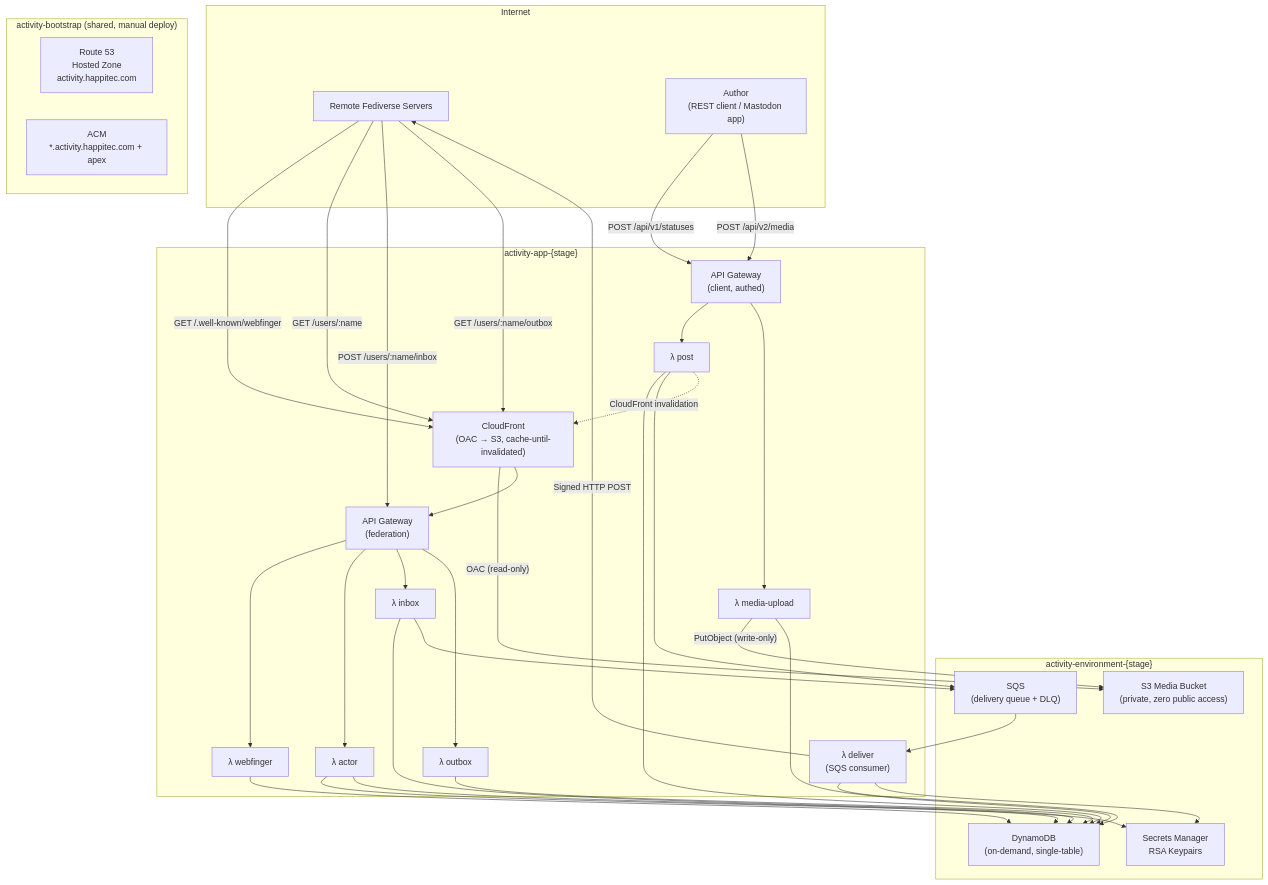
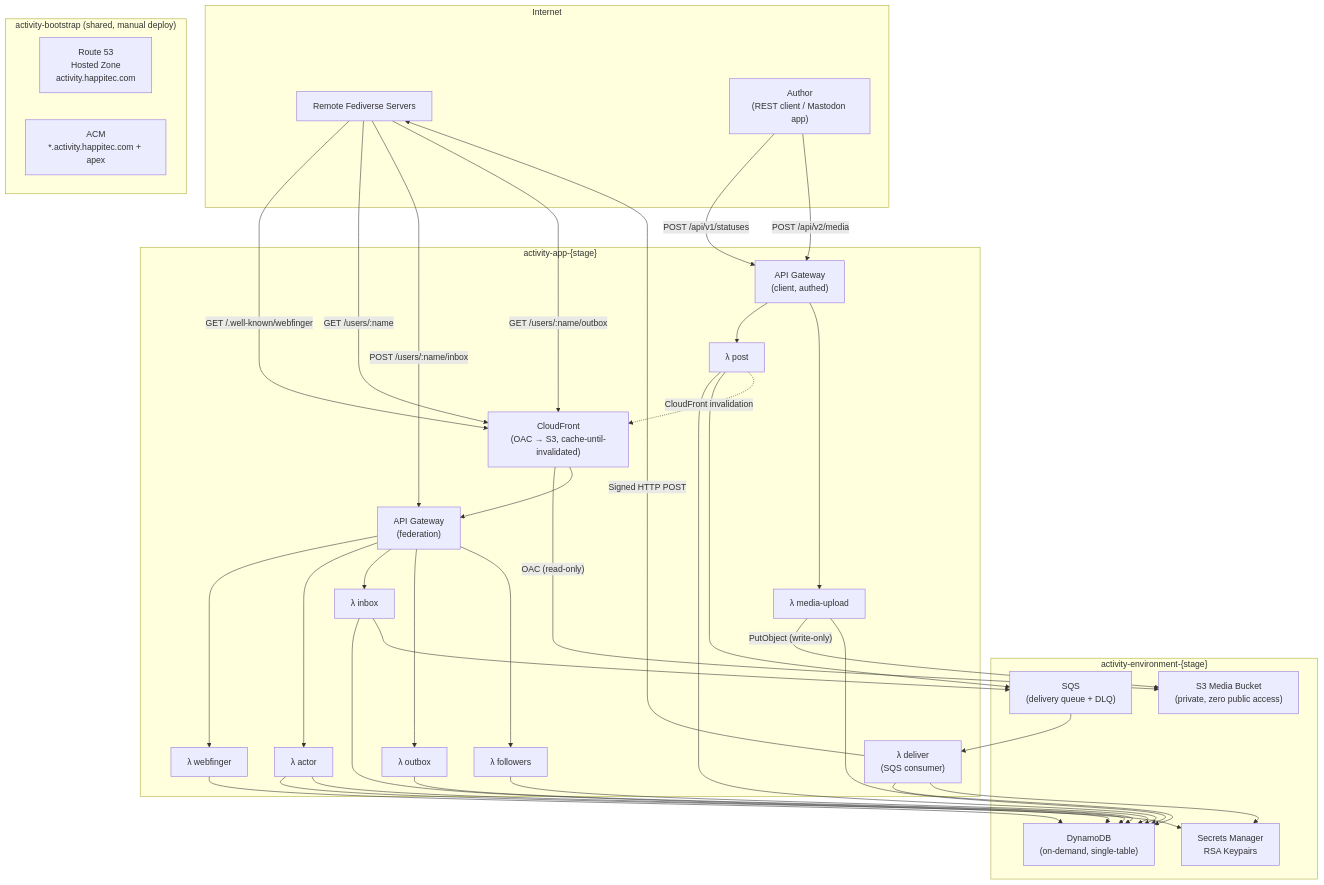
One commit to happitec-inc/FederatedActivityPublisher changed the first of 4 diagrams in docs/PROJECT-PLAN.md. Above: the diagram before and after it, drawn with Mermaid. The commit also changed other lines of this file, not shown here.

````diff
--- a/docs/PROJECT-PLAN.md
+++ b/docs/PROJECT-PLAN.md
@@ -31,67 +31,70 @@
 ```mermaid
 flowchart TB
     subgraph "Internet"
         FED["Remote Fediverse Servers"]
         AUTHOR["Author<br/>(REST client / Mastodon app)"]
     end
 
     subgraph "activity-bootstrap (shared, manual deploy)"
         R53["Route 53<br/>Hosted Zone<br/>activity.happitec.com"]
         ACM["ACM<br/>*.activity.happitec.com + apex"]
     end
 
     subgraph "activity-environment-{stage}"
         S3["S3 Media Bucket<br/>(private, zero public access)"]
         DDB["DynamoDB<br/>(on-demand, single-table)"]
         SQS["SQS<br/>(delivery queue + DLQ)"]
         SM["Secrets Manager<br/>RSA Keypairs"]
     end
 
     subgraph "activity-app-{stage}"
         CF["CloudFront<br/>(OAC → S3, cache-until-invalidated)"]
         APIGW_S["API Gateway<br/>(federation)"]
         WF["λ webfinger"]
         ACTOR["λ actor"]
         INBOX["λ inbox"]
         OUTBOX["λ outbox"]
+        FOLLOWERS["λ followers"]
         DELIVER["λ deliver<br/>(SQS consumer)"]
         APIGW_C["API Gateway<br/>(client, authed)"]
         POST["λ post"]
         MEDIA["λ media-upload"]
     end
 
     FED -->|"GET /.well-known/webfinger"| CF
     FED -->|"GET /users/:name"| CF
     FED -->|"POST /users/:name/inbox"| APIGW_S
     FED -->|"GET /users/:name/outbox"| CF
 
     AUTHOR -->|"POST /api/v1/statuses"| APIGW_C
     AUTHOR -->|"POST /api/v2/media"| APIGW_C
 
     CF -->|"OAC (read-only)"| S3
     CF --> APIGW_S
     APIGW_S --> WF
     APIGW_S --> ACTOR
     APIGW_S --> INBOX
     APIGW_S --> OUTBOX
+    APIGW_S --> FOLLOWERS
 
     WF --> DDB
     ACTOR --> DDB
     ACTOR --> SM
     INBOX --> DDB
     INBOX --> SQS
     OUTBOX --> DDB
+    FOLLOWERS --> DDB
 
     SQS --> DELIVER
     DELIVER --> DDB
     DELIVER --> SM
     DELIVER -->|"Signed HTTP POST"| FED
 
     APIGW_C --> POST
     APIGW_C --> MEDIA
     POST --> DDB
     POST --> SQS
     POST -.->|"CloudFront invalidation"| CF
     MEDIA -->|"PutObject (write-only)"| S3
     MEDIA --> DDB
 ```
````
